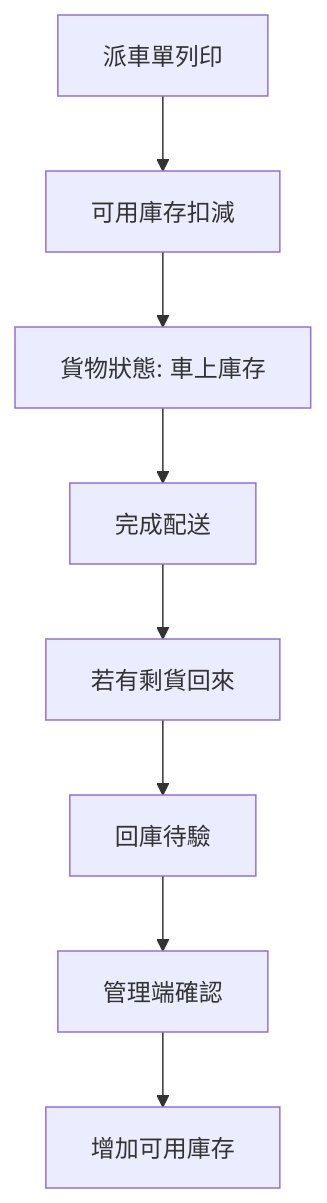
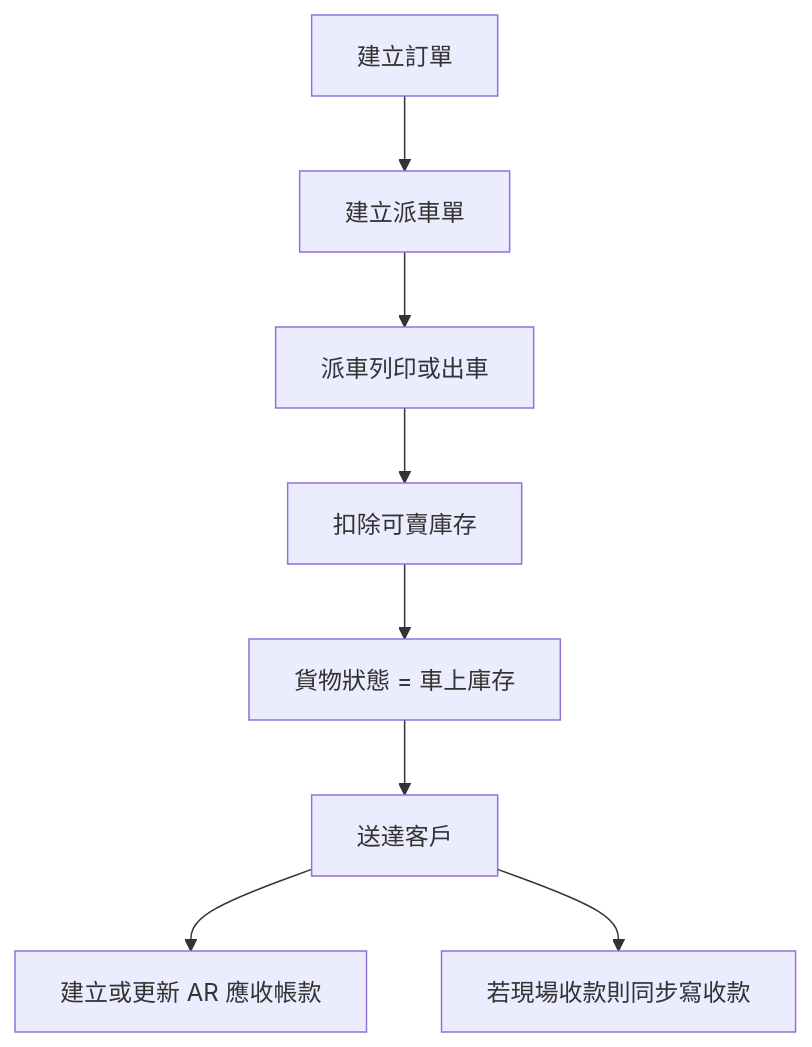
One commit to YULIANA401534M/ordersome_official_v2.0221 changed the second of 3 diagrams in docs/dayone-stock-accounting-logic-2026-04-25.md. Above: the diagram before and after it, drawn with Mermaid. The commit also changed other lines of this file and 2 other files, not shown here.

````diff
--- a/docs/dayone-stock-accounting-logic-2026-04-25.md
+++ b/docs/dayone-stock-accounting-logic-2026-04-25.md
@@ -33,10 +73,10 @@
 ```mermaid
 flowchart TD
-  A[派車單列印] --> B[可用庫存扣減]
-  B --> C[貨物狀態: 車上庫存]
-  C --> D[完成配送]
-  D --> E[若有剩貨回來]
-  E --> F[回庫待驗]
-  F --> G[管理端確認]
-  G --> H[增加可用庫存]
+  A[建立訂單] --> B[建立派車單]
+  B --> C[派車列印或出車]
+  C --> D[扣除可賣庫存]
+  D --> E[貨物狀態 = 車上庫存]
+  E --> F[送達客戶]
+  F --> G[建立或更新 AR 應收帳款]
+  F --> H[若現場收款則同步寫收款]
 ```
````
